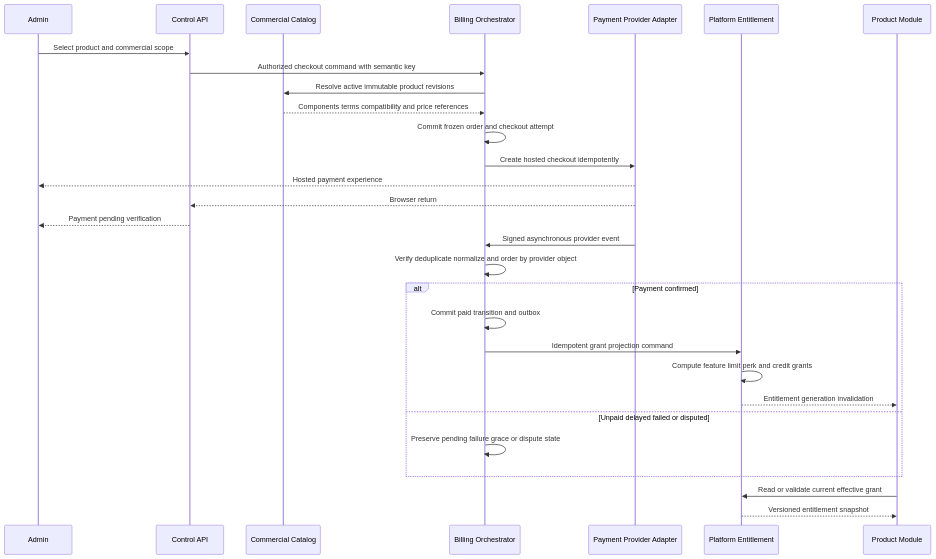
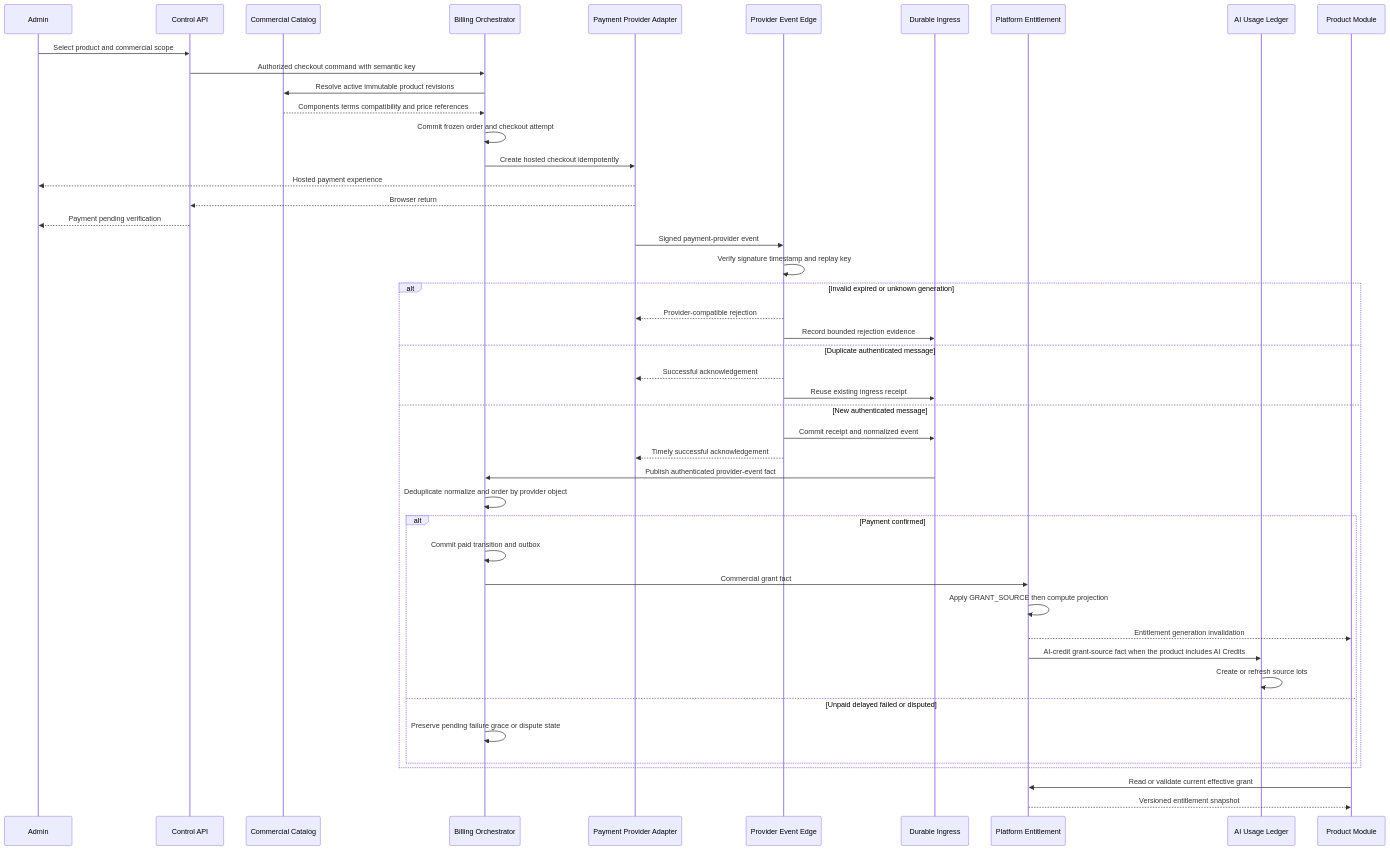
One commit to obsidia-systems/Discord-Bot-Open-Source changed diagram 49 of 54 in docs/architecture/04-runtime-flows.md. Above: the diagram before and after it, drawn with Mermaid. The commit also changed other lines of this file and 27 other files, not shown here.

First line of the commit message:
feat(architecture): add comprehensive architecture review documentation

````diff
--- a/docs/architecture/04-runtime-flows.md
+++ b/docs/architecture/04-runtime-flows.md
@@ -1685,32 +1780,49 @@
 ```mermaid
 sequenceDiagram
     participant Admin
     participant API as Control API
     participant Catalog as Commercial Catalog
     participant Billing as Billing Orchestrator
     participant Provider as Payment Provider Adapter
+    participant Edge as Provider Event Edge
+    participant Inbox as Durable Ingress
     participant Entitlement as Platform Entitlement
+    participant Ledger as AI Usage Ledger
     participant Module as Product Module
 
     Admin->>API: Select product and commercial scope
     API->>Billing: Authorized checkout command with semantic key
     Billing->>Catalog: Resolve active immutable product revisions
     Catalog-->>Billing: Components terms compatibility and price references
     Billing->>Billing: Commit frozen order and checkout attempt
     Billing->>Provider: Create hosted checkout idempotently
     Provider-->>Admin: Hosted payment experience
     Provider-->>API: Browser return
     API-->>Admin: Payment pending verification
-    Provider->>Billing: Signed asynchronous provider event
-    Billing->>Billing: Verify deduplicate normalize and order by provider object
-    alt Payment confirmed
-        Billing->>Billing: Commit paid transition and outbox
-        Billing->>Entitlement: Idempotent grant projection command
-        Entitlement->>Entitlement: Compute feature limit perk and credit grants
-        Entitlement-->>Module: Entitlement generation invalidation
-    else Unpaid delayed failed or disputed
-        Billing->>Billing: Preserve pending failure grace or dispute state
+    Provider->>Edge: Signed payment-provider event
+    Edge->>Edge: Verify signature timestamp and replay key
+    alt Invalid expired or unknown generation
+        Edge-->>Provider: Provider-compatible rejection
+        Edge->>Inbox: Record bounded rejection evidence
+    else Duplicate authenticated message
+        Edge-->>Provider: Successful acknowledgement
+        Edge->>Inbox: Reuse existing ingress receipt
+    else New authenticated message
+        Edge->>Inbox: Commit receipt and normalized event
+        Edge-->>Provider: Timely successful acknowledgement
+        Inbox->>Billing: Publish authenticated provider-event fact
+        Billing->>Billing: Deduplicate normalize and order by provider object
+        alt Payment confirmed
+            Billing->>Billing: Commit paid transition and outbox
+            Billing->>Entitlement: Commercial grant fact
+            Entitlement->>Entitlement: Apply GRANT_SOURCE then compute projection
+            Entitlement-->>Module: Entitlement generation invalidation
+            Entitlement->>Ledger: AI-credit grant-source fact when the product includes AI Credits
+            Ledger->>Ledger: Create or refresh source lots
+        else Unpaid delayed failed or disputed
+            Billing->>Billing: Preserve pending failure grace or dispute state
+        end
     end
     Module->>Entitlement: Read or validate current effective grant
     Entitlement-->>Module: Versioned entitlement snapshot
 ```
````
